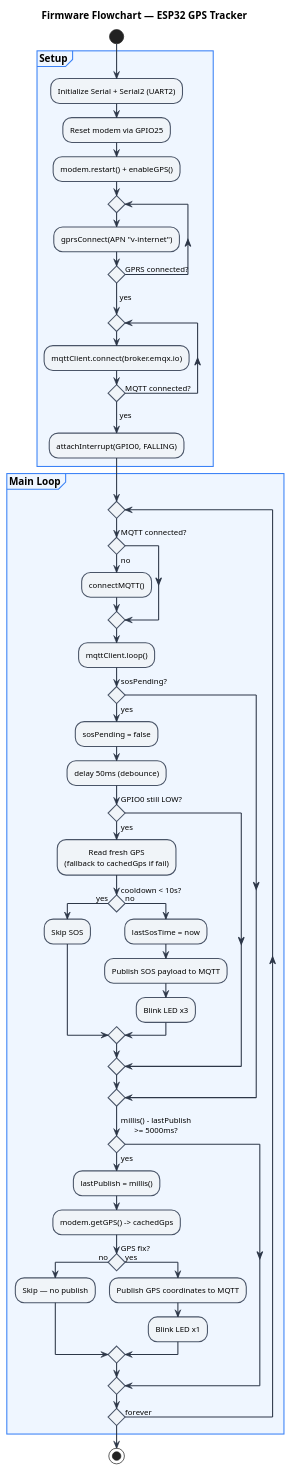
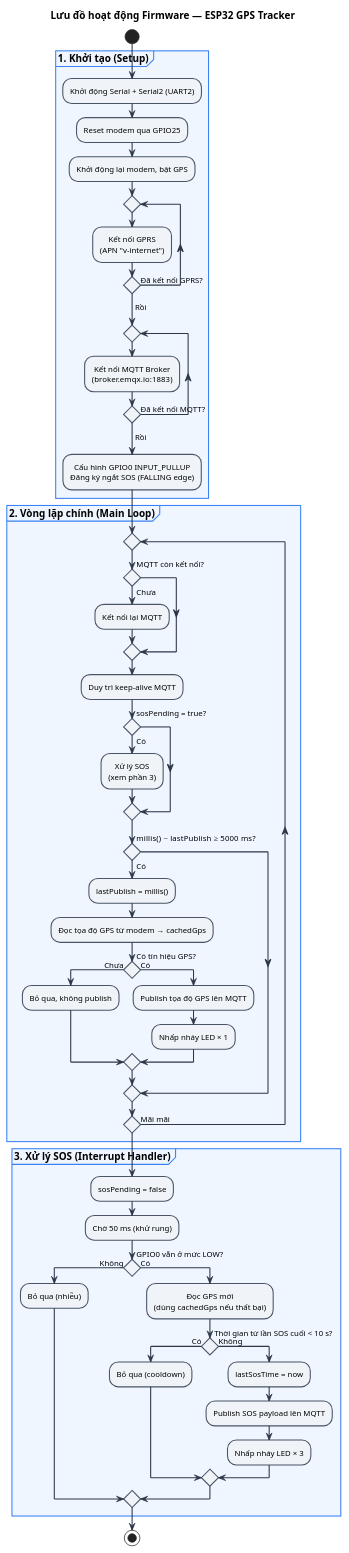
One commit to duongngdeptrai/DoAnTotNghiep_Working changed the diagram in diagrams/diagram_03_firmware_flow.puml. Above: the diagram before and after it, drawn with PlantUML. The commit also changed 50 other files, not shown here.

```diff
--- a/diagrams/diagram_03_firmware_flow.puml
+++ b/diagrams/diagram_03_firmware_flow.puml
@@ -1,77 +1,83 @@
 @startuml
 skinparam defaultTextAlignment center
 skinparam backgroundColor white
 skinparam ActivityBackgroundColor #F0F4F8
 skinparam ActivityBorderColor #4A5568
 skinparam ActivityBorderThickness 1.5
 skinparam ActivityFontSize 11
 skinparam ArrowColor #2D3748
 skinparam ConditionStyle diamond
 skinparam ConditionBackgroundColor #FEF3C7
 skinparam ConditionBorderColor #D97706
 skinparam PartitionBackgroundColor #EFF6FF
 skinparam PartitionBorderColor #3B82F6
 skinparam PartitionFontStyle bold
 
-title Firmware Flowchart — ESP32 GPS Tracker
+title Lưu đồ hoạt động Firmware — ESP32 GPS Tracker
 
 start
 
-partition "Setup" {
-  :Initialize Serial + Serial2 (UART2);
-  :Reset modem via GPIO25;
-  :modem.restart() + enableGPS();
+partition "1. Khởi tạo (Setup)" {
+  :Khởi động Serial + Serial2 (UART2);
+  :Reset modem qua GPIO25;
+  :Khởi động lại modem, bật GPS;
 
   repeat
-    :gprsConnect(APN "v-internet");
-  repeat while (GPRS connected?) is (no)
-  -> yes;
+    :Kết nối GPRS\n(APN "v-internet");
+  repeat while (Đã kết nối GPRS?) is (Chưa)
+  -> Rồi;
 
   repeat
-    :mqttClient.connect(broker.emqx.io);
-  repeat while (MQTT connected?) is (no)
-  -> yes;
+    :Kết nối MQTT Broker\n(broker.emqx.io:1883);
+  repeat while (Đã kết nối MQTT?) is (Chưa)
+  -> Rồi;
 
-  :attachInterrupt(GPIO0, FALLING);
+  :Cấu hình GPIO0 INPUT_PULLUP\nĐăng ký ngắt SOS (FALLING edge);
 }
 
-partition "Main Loop" {
+partition "2. Vòng lặp chính (Main Loop)" {
   repeat
 
-    if (MQTT connected?) then (no)
-      :connectMQTT();
+    if (MQTT còn kết nối?) then (Chưa)
+      :Kết nối lại MQTT;
     endif
 
-    :mqttClient.loop();
+    :Duy trì keep-alive MQTT;
 
-    if (sosPending?) then (yes)
-      :sosPending = false;
-      :delay 50ms (debounce);
-      if (GPIO0 still LOW?) then (yes)
-        :Read fresh GPS\n(fallback to cachedGps if fail);
-        if (cooldown < 10s?) then (yes)
-          :Skip SOS;
-        else (no)
-          :lastSosTime = now;
-          :Publish SOS payload to MQTT;
-          :Blink LED x3;
-        endif
+    if (sosPending = true?) then (Có)
+      :Xử lý SOS\n(xem phần 3);
+    endif
+
+    if (millis() − lastPublish ≥ 5000 ms?) then (Có)
+      :lastPublish = millis();
+      :Đọc tọa độ GPS từ modem → cachedGps;
+      if (Có tín hiệu GPS?) then (Chưa)
+        :Bỏ qua, không publish;
+      else (Có)
+        :Publish tọa độ GPS lên MQTT;
+        :Nhấp nháy LED × 1;
       endif
     endif
 
-    if (millis() - lastPublish\n>= 5000ms?) then (yes)
-      :lastPublish = millis();
-      :modem.getGPS() -> cachedGps;
-      if (GPS fix?) then (no)
-        :Skip — no publish;
-      else (yes)
-        :Publish GPS coordinates to MQTT;
-        :Blink LED x1;
-      endif
+  repeat while (Mãi mãi)
+}
+
+partition "3. Xử lý SOS (Interrupt Handler)" {
+  :sosPending = false;
+  :Chờ 50 ms (khử rung);
+  if (GPIO0 vẫn ở mức LOW?) then (Không)
+    :Bỏ qua (nhiễu);
+  else (Có)
+    :Đọc GPS mới\n(dùng cachedGps nếu thất bại);
+    if (Thời gian từ lần SOS cuối < 10 s?) then (Có)
+      :Bỏ qua (cooldown);
+    else (Không)
+      :lastSosTime = now;
+      :Publish SOS payload lên MQTT;
+      :Nhấp nháy LED × 3;
     endif
-
-  repeat while (forever)
+  endif
 }
 
 stop
 @enduml
```
